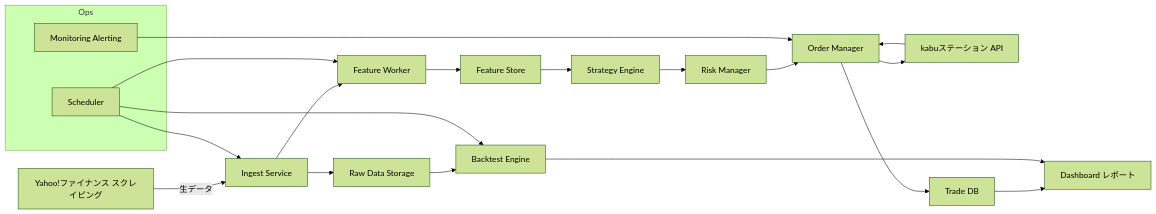
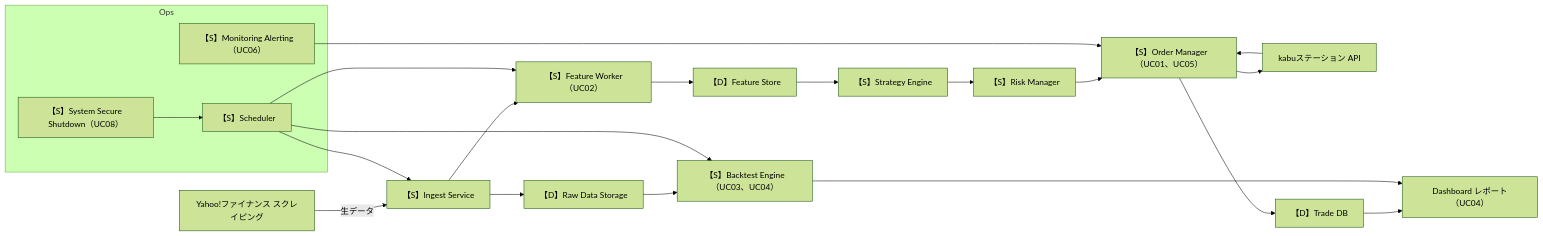
One commit to monkim803-a11y/DairyStockCheckPrg changed the first of 3 diagrams in 基本設計書.md. Above: the diagram before and after it, drawn with Mermaid (forest theme). The commit also changed other lines of this file, not shown here.

````diff
--- a/基本設計書.md
+++ b/基本設計書.md
@@ -119,26 +133,27 @@
 ```mermaid
 flowchart LR
-  A[Yahoo!ファイナンス スクレイピング] -->|生データ| B[Ingest Service]
-  B --> C[Raw Data Storage]
-  B --> D[Feature Worker]
-  D --> E[Feature Store]
-  E --> F[Strategy Engine]
-  F --> G[Risk Manager]
-  G --> H[Order Manager]
+  A[Yahoo!ファイナンス スクレイピング] -->|生データ| B[【S】Ingest Service]
+  B --> C[【D】Raw Data Storage]
+  B --> D[【S】Feature Worker（UC02）]
+  D --> E[【D】Feature Store]
+  E --> F[【S】Strategy Engine]
+  F --> G[【S】Risk Manager]
+  G --> H[【S】Order Manager（UC01、UC05）]
   H --> I[kabuステーション API]
   I --> H
-  H --> J[Trade DB]
-  J --> K[Dashboard レポート]
-  C --> L[Backtest Engine]
+  H --> J[【D】Trade DB]
+  J --> K[Dashboard レポート（UC04）]
+  C --> L[【S】Backtest Engine（UC03、UC04）]
   L --> K
 
   subgraph Ops
-    M[Monitoring Alerting]
-    N[Scheduler]
+    M[【S】Monitoring Alerting（UC06）]
+    N[【S】Scheduler]
+    O[【S】System Secure Shutdown（UC08）] --> N
   end
 
   M --> H
   N --> B
   N --> D
   N --> L
 ```
````
